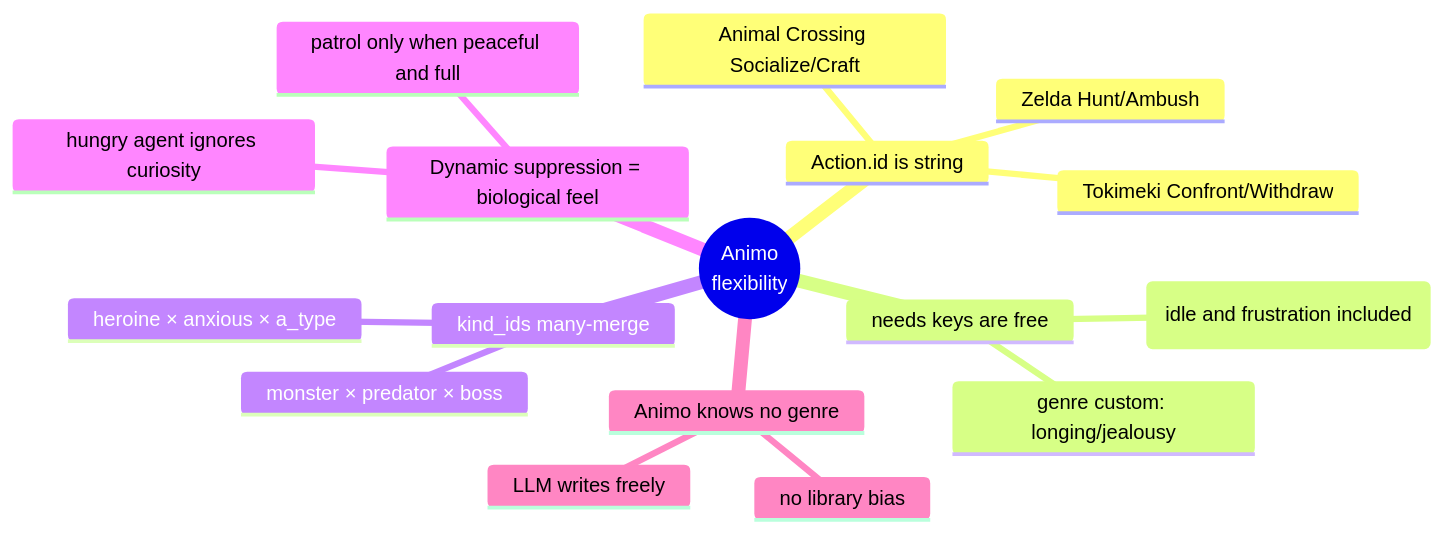
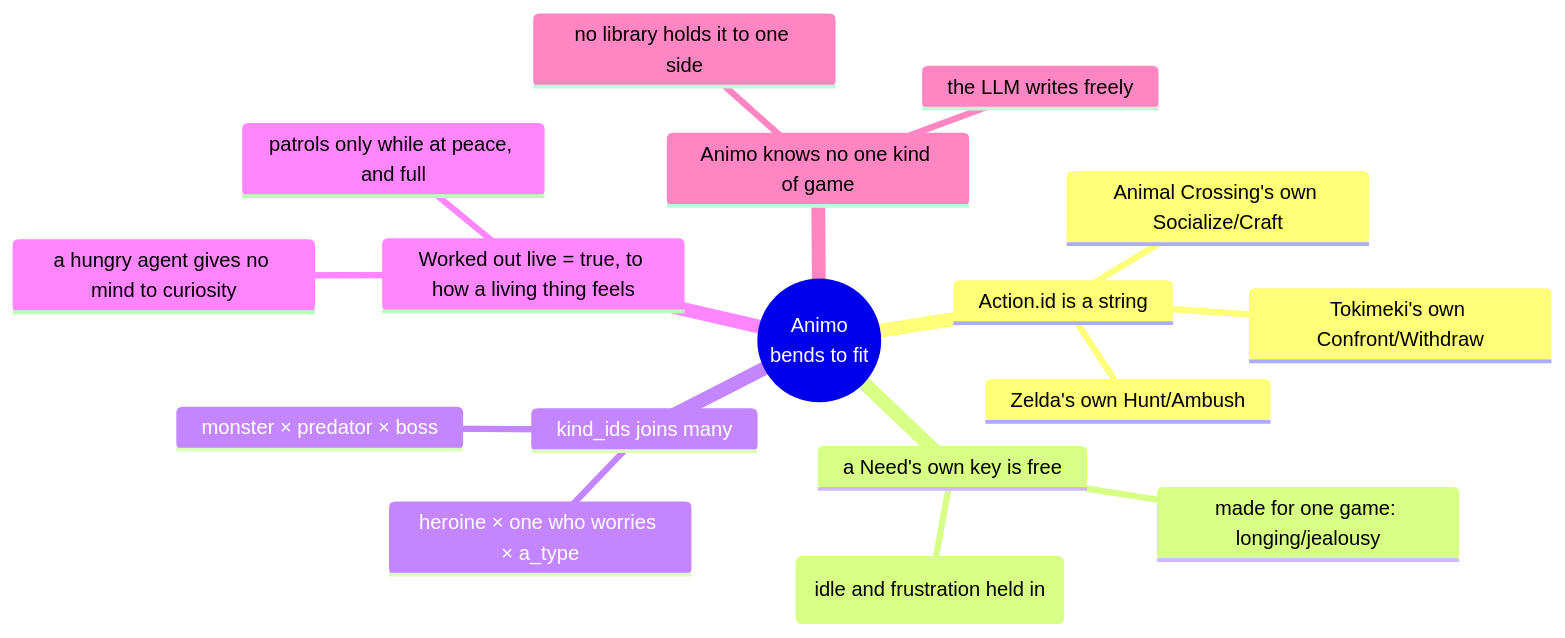
One commit to hiroxpepe/animo changed diagram 44 of 56 in docs/animo_spec.md. Above: the diagram before and after it, drawn with Mermaid. The commit also changed other lines of this file, not shown here.

Commit message:
fix: Update the mermaid diagram text to fit Basic English

````diff
--- a/docs/animo_spec.md
+++ b/docs/animo_spec.md
@@ -2843,20 +2843,20 @@
 ```mermaid
 mindmap
-  root((Animo<br/>flexibility))
-    Action.id is string
-      Zelda Hunt/Ambush
-      Animal Crossing Socialize/Craft
-      Tokimeki Confront/Withdraw
-    needs keys are free
-      8 standard (idle and frustration included)
-      genre custom: longing/jealousy
-    kind_ids many-merge
+  root((Animo<br/>bends to fit))
+    Action.id is a string
+      Zelda's own Hunt/Ambush
+      Animal Crossing's own Socialize/Craft
+      Tokimeki's own Confront/Withdraw
+    a Need's own key is free
+      8 standard (idle and frustration held in)
+      made for one game: longing/jealousy
+    kind_ids joins many
       monster × predator × boss
-      heroine × anxious × a_type
-    Dynamic suppression = biological feel
-      hungry agent ignores curiosity
-      patrol only when peaceful and full
-    Animo knows no genre
-      no library bias
-      LLM writes freely
+      heroine × one who worries × a_type
+    Worked out live = true, to how a living thing feels
+      a hungry agent gives no mind to curiosity
+      patrols only while at peace, and full
+    Animo knows no one kind of game
+      no library holds it to one side
+      the LLM writes freely
 ```
````
